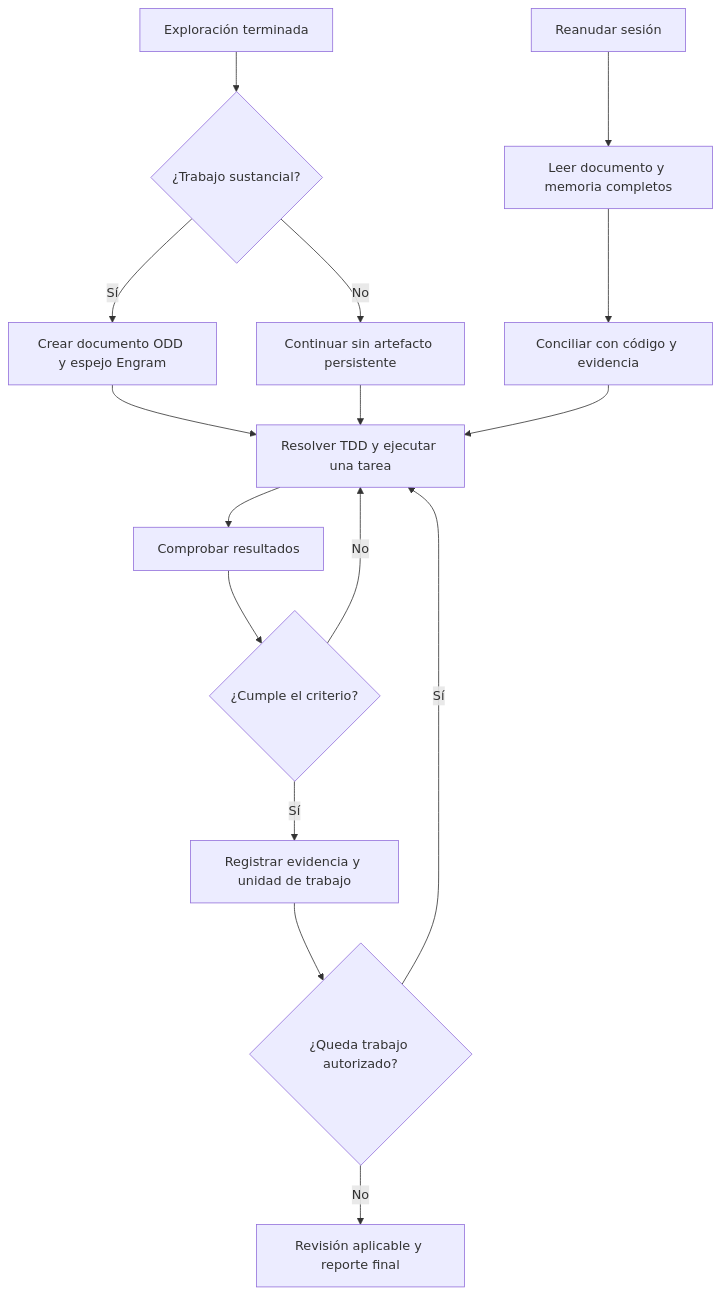
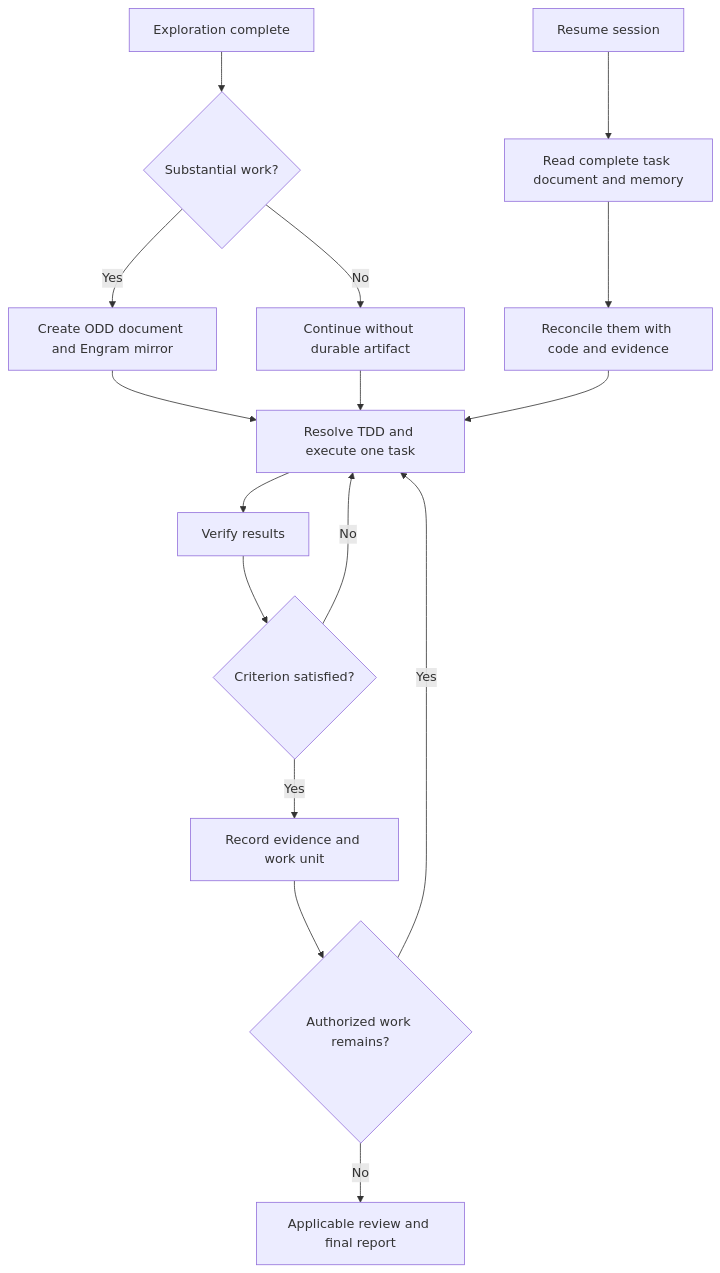
The second of 5 diagrams in docs/GENTLE_ODD_TDD_RDD_GUIDE.md (Maicololiveras/flugo-gentle), drawn with Mermaid before and after one commit. The commit also changed other lines of this file and 9 other files, not shown here.

````diff
--- a/docs/GENTLE_ODD_TDD_RDD_GUIDE.md
+++ b/docs/GENTLE_ODD_TDD_RDD_GUIDE.md
@@ -73,18 +77,18 @@
 ```mermaid
 flowchart TD
-    A[Exploración terminada] --> B{¿Trabajo sustancial?}
-    B -->|Sí| C[Crear documento ODD y espejo Engram]
-    B -->|No| D[Continuar sin artefacto persistente]
-    C --> E[Resolver TDD y ejecutar una tarea]
+    A[Exploration complete] --> B{Substantial work?}
+    B -->|Yes| C[Create ODD document and Engram mirror]
+    B -->|No| D[Continue without durable artifact]
+    C --> E[Resolve TDD and execute one task]
     D --> E
-    E --> F[Comprobar resultados]
-    F --> G{¿Cumple el criterio?}
+    E --> F[Verify results]
+    F --> G{Criterion satisfied?}
     G -->|No| E
-    G -->|Sí| H[Registrar evidencia y unidad de trabajo]
-    H --> I{¿Queda trabajo autorizado?}
-    I -->|Sí| E
-    I -->|No| J[Revisión aplicable y reporte final]
-    R[Reanudar sesión] --> S[Leer documento y memoria completos]
-    S --> T[Conciliar con código y evidencia]
+    G -->|Yes| H[Record evidence and work unit]
+    H --> I{Authorized work remains?}
+    I -->|Yes| E
+    I -->|No| J[Applicable review and final report]
+    R[Resume session] --> S[Read complete task document and memory]
+    S --> T[Reconcile them with code and evidence]
     T --> E
 ```
````
